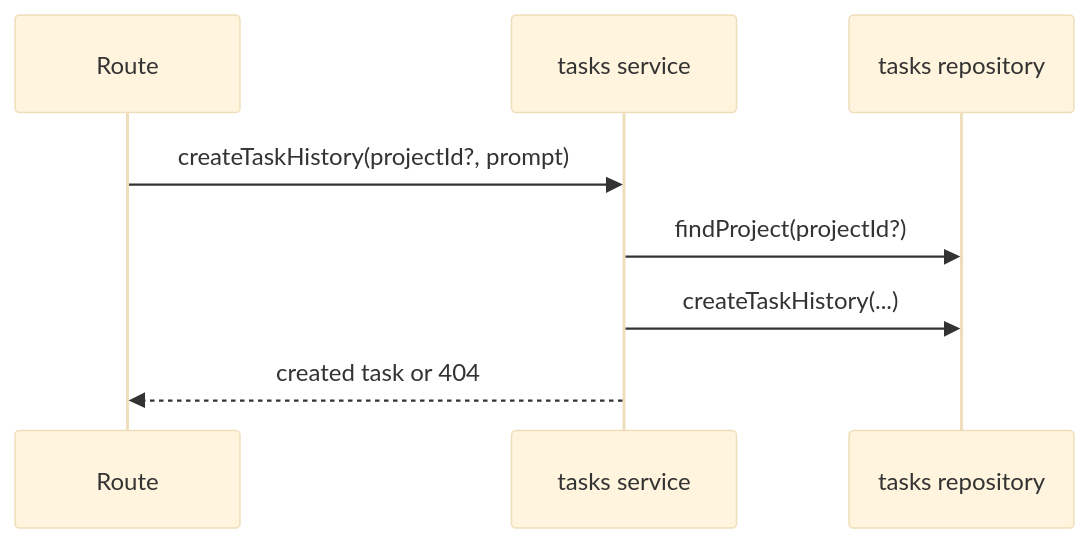
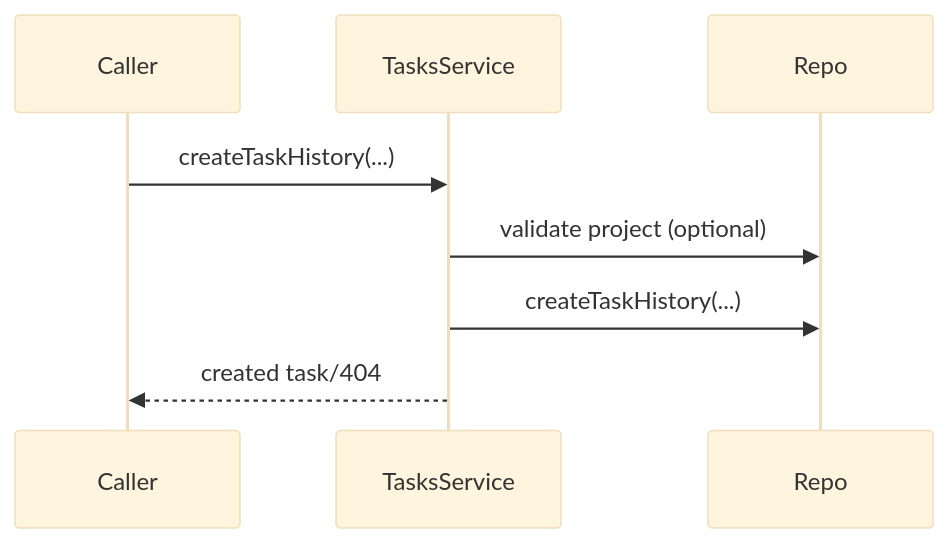
The third of 8 diagrams in src/backend/domains/tasks/README.md (TurtleStoffel/tektite-console), drawn with Mermaid (base theme) before and after one commit. The commit also changed other lines of this file and 30 other files, not shown here.

````diff
--- a/src/backend/domains/tasks/README.md
+++ b/src/backend/domains/tasks/README.md
@@ -36,10 +32,10 @@
 ```mermaid
 sequenceDiagram
-    participant Route
-    participant Service as tasks service
-    participant Repo as tasks repository
-    Route->>Service: createTaskHistory(projectId?, prompt)
-    Service->>Repo: findProject(projectId?)
-    Service->>Repo: createTaskHistory(...)
-    Service-->>Route: created task or 404
+    participant Caller
+    participant TasksService
+    participant Repo
+    Caller->>TasksService: createTaskHistory(...)
+    TasksService->>Repo: validate project (optional)
+    TasksService->>Repo: createTaskHistory(...)
+    TasksService-->>Caller: created task/404
 ```
````
